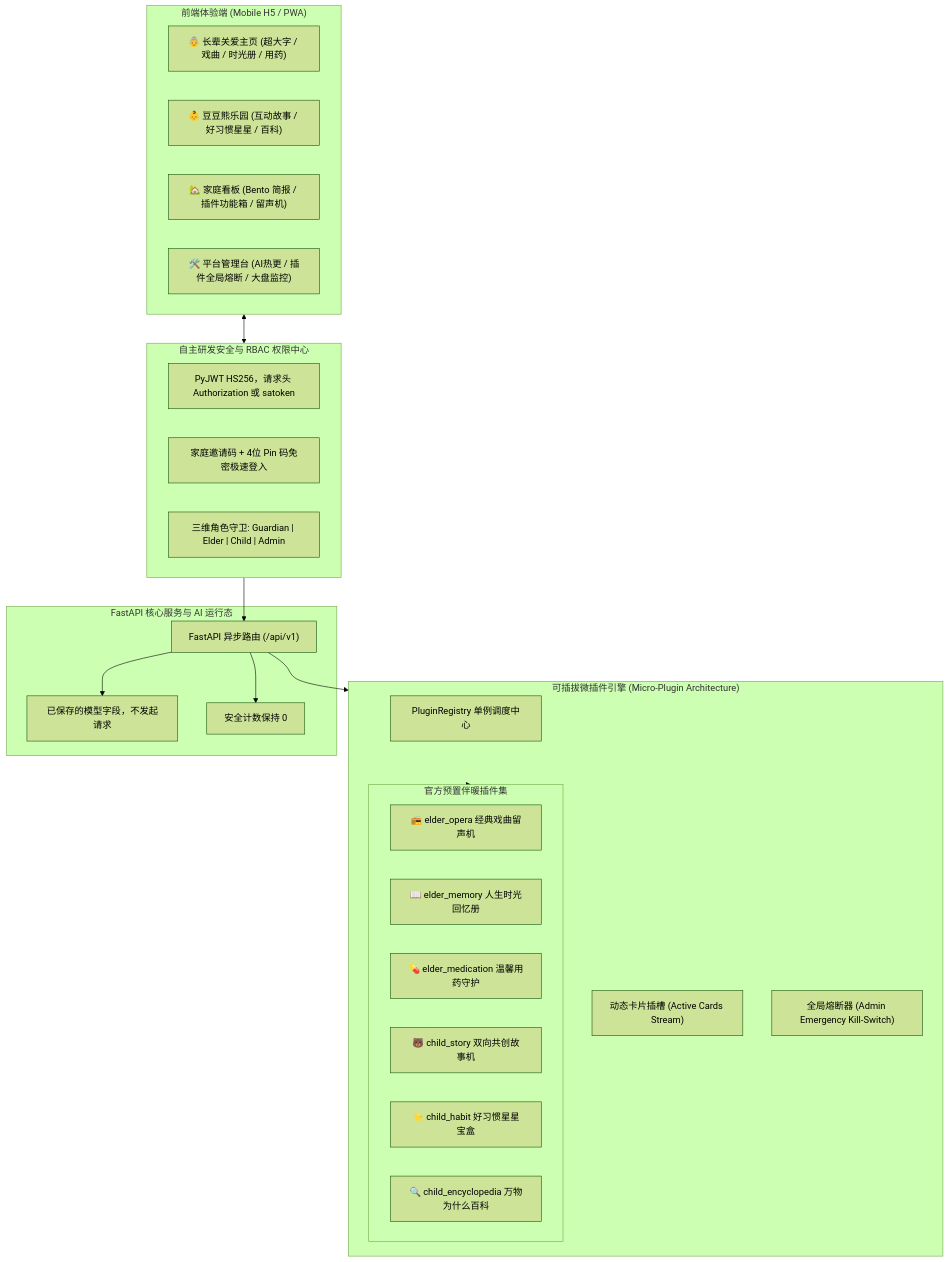
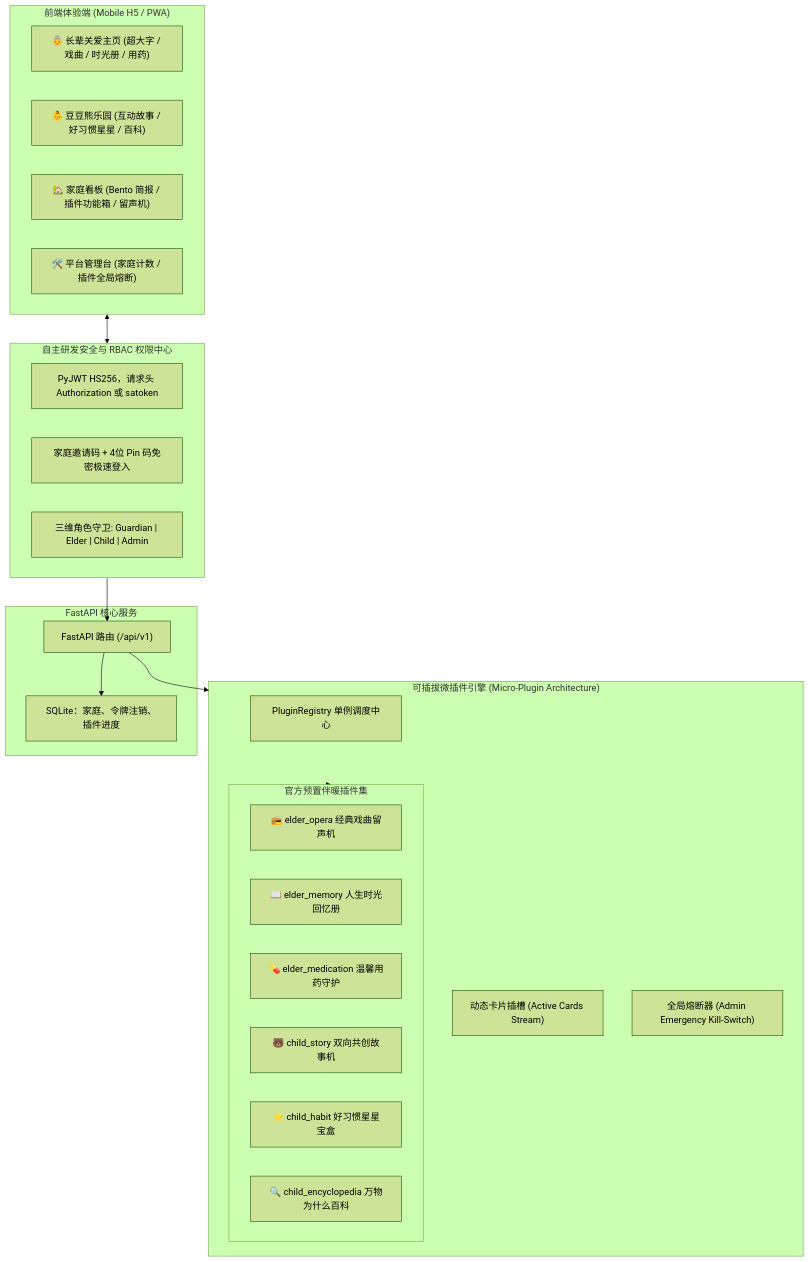
One commit to zhangqi77ok-sys/tiancode changed the diagram in README.md. Above: the diagram before and after it, drawn with Mermaid (forest theme). The commit also changed other lines of this file and 21 other files, not shown here.

````diff
--- a/README.md
+++ b/README.md
@@ -61,41 +61,40 @@
 ```mermaid
 flowchart TD
     subgraph Client ["前端体验端 (Mobile H5 / PWA)"]
         ElderView["👵 长辈关爱主页 (超大字 / 戏曲 / 时光册 / 用药)"]
         ChildView["👶 豆豆熊乐园 (互动故事 / 好习惯星星 / 百科)"]
         FamilyView["🏡 家庭看板 (Bento 简报 / 插件功能箱 / 留声机)"]
-        AdminView["🛠️ 平台管理台 (AI热更 / 插件全局熔断 / 大盘监控)"]
+        AdminView["🛠️ 平台管理台 (家庭计数 / 插件全局熔断)"]
     end
 
     subgraph Security ["自主研发安全与 RBAC 权限中心"]
         JWT["PyJWT HS256，请求头 Authorization 或 satoken"]
         PinAuth["家庭邀请码 + 4位 Pin 码免密极速登入"]
         RBAC["三维角色守卫: Guardian | Elder | Child | Admin"]
     end
 
     subgraph Plugins ["可插拔微插件引擎 (Micro-Plugin Architecture)"]
         Registry["PluginRegistry 单例调度中心"]
         Slot["动态卡片插槽 (Active Cards Stream)"]
         KillSwitch["全局熔断器 (Admin Emergency Kill-Switch)"]
         subgraph Builtin ["官方预置伴暖插件集"]
             P1["📻 elder_opera 经典戏曲留声机"]
             P2["📖 elder_memory 人生时光回忆册"]
             P3["💊 elder_medication 温馨用药守护"]
             P4["🐻 child_story 双向共创故事机"]
             P5["⭐ child_habit 好习惯星星宝盒"]
             P6["🔍 child_encyclopedia 万物为什么百科"]
         end
     end
 
-    subgraph Backend ["FastAPI 核心服务与 AI 运行态"]
-        API["FastAPI 异步路由 (/api/v1)"]
-        AiManager["已保存的模型字段，不发起请求"]
-        Safety["安全计数保持 0"]
+    subgraph Backend ["FastAPI 核心服务"]
+        API["FastAPI 路由 (/api/v1)"]
+        DB["SQLite：家庭、令牌注销、插件进度"]
     end
 
     Client <--> Security
     Security --> API
     API --> Plugins
     Plugins --> Builtin
-    API --> AiManager & Safety
+    API --> DB
 ```
````
